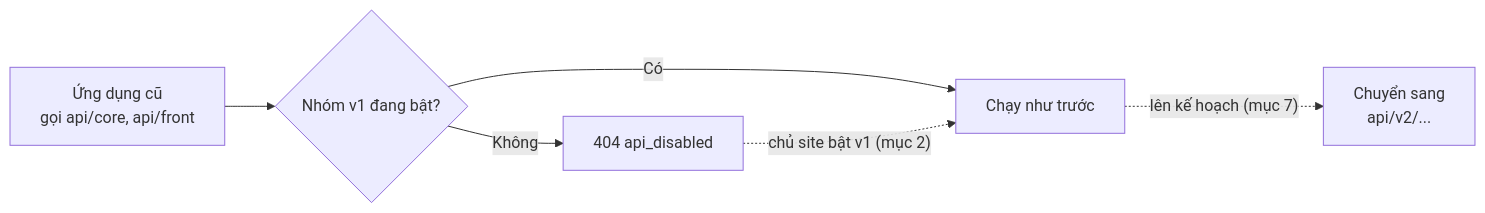
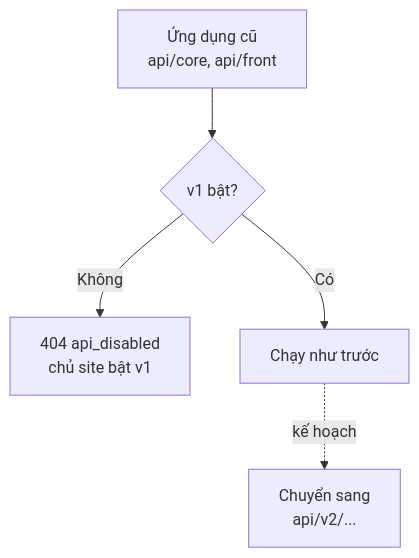
The diagram in api/api-v1_vi.md (gp247net/gp247-docs), drawn with Mermaid before and after one commit. The commit also changed other lines of this file and 44 other files, not shown here.

First line of the commit message:
docs: redraw oversized diagrams in security, API and MCP docs (vi/en/ja)

````diff
--- a/api/api-v1_vi.md
+++ b/api/api-v1_vi.md
@@ -22,8 +22,7 @@
 ```mermaid
-flowchart LR
-    A["Ứng dụng cũ<br/>gọi api/core, api/front"] --> B{"Nhóm v1 đang bật?"}
-    B -- "Không" --> C["404 api_disabled"]
+flowchart TB
+    A["Ứng dụng cũ<br/>api/core, api/front"] --> B{"v1 bật?"}
+    B -- "Không" --> C["404 api_disabled<br/>chủ site bật v1"]
     B -- "Có" --> D["Chạy như trước"]
-    C -.->|"chủ site bật v1 (mục 2)"| D
-    D -.->|"lên kế hoạch (mục 7)"| E["Chuyển sang<br/>api/v2/..."]
+    D -.->|"kế hoạch"| E["Chuyển sang<br/>api/v2/..."]
 ```
````
